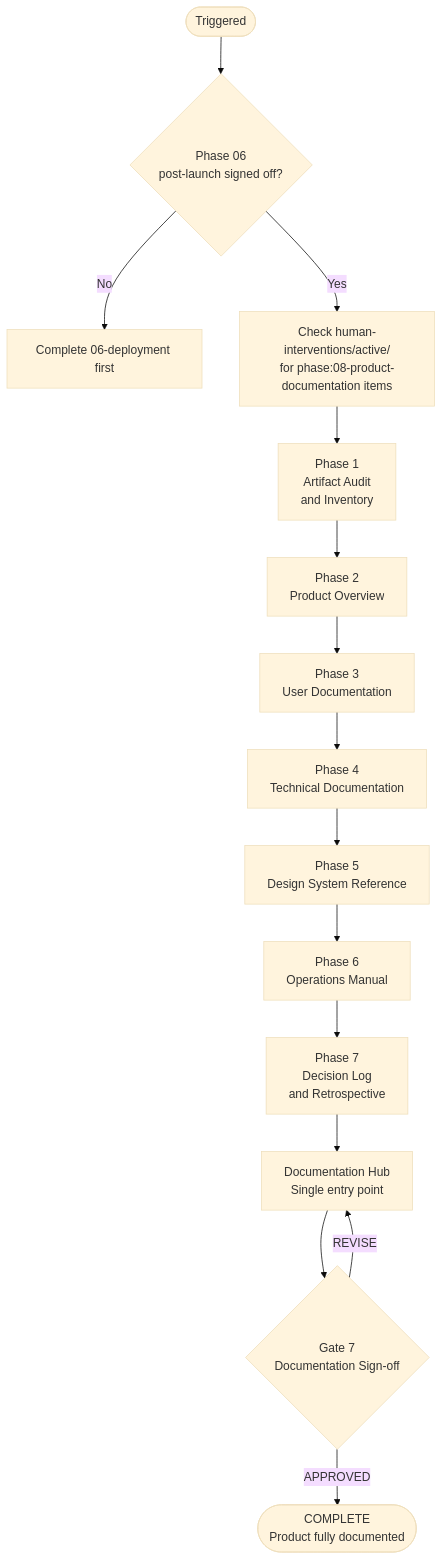
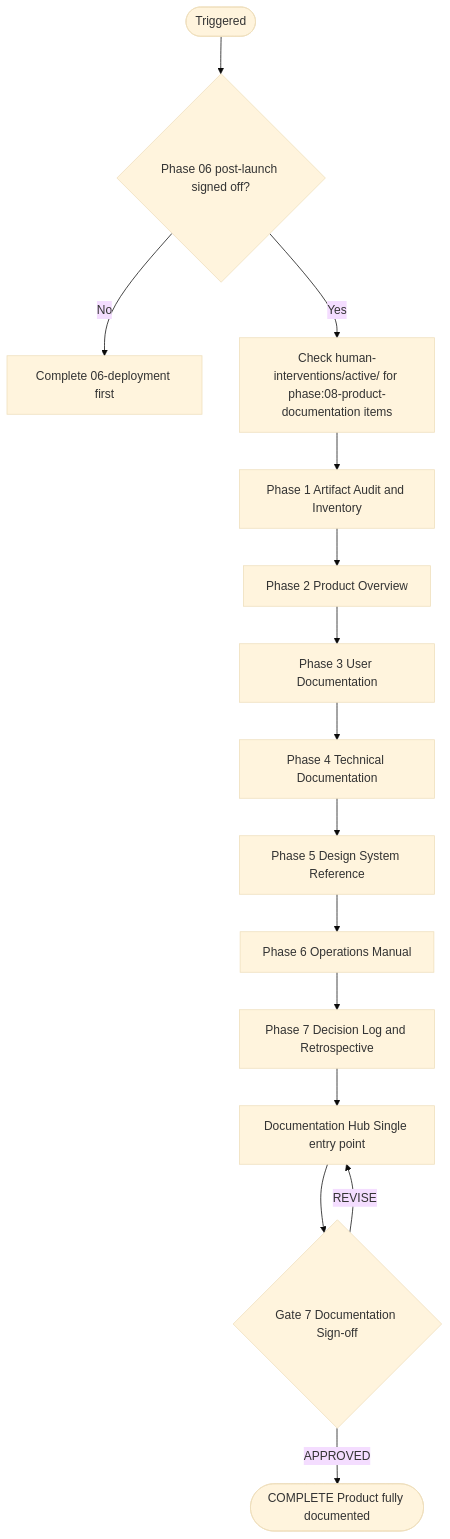
The first of 2 diagrams in .cursor/skills/08-product-documentation/SKILL.md (ivanyeors/product-agentic-templates), drawn with Mermaid (base theme) before and after one commit. The commit also changed other lines of this file and 39 other files, not shown here.

````diff
--- a/.cursor/skills/08-product-documentation/SKILL.md
+++ b/.cursor/skills/08-product-documentation/SKILL.md
@@ -36,17 +36,17 @@
 ```mermaid
 flowchart TD
-    start([Triggered]) --> prereq{Phase 06\npost-launch signed off?}
+    start([Triggered]) --> prereq{Phase 06 post-launch signed off?}
     prereq -->|No| block[Complete 06-deployment first]
-    prereq -->|Yes| hi_check[Check human-interventions/active/\nfor phase:08-product-documentation items]
-    hi_check --> s1[Phase 1\nArtifact Audit\nand Inventory]
-    s1 --> s2[Phase 2\nProduct Overview]
-    s2 --> s3[Phase 3\nUser Documentation]
-    s3 --> s4[Phase 4\nTechnical Documentation]
-    s4 --> s5[Phase 5\nDesign System Reference]
-    s5 --> s6[Phase 6\nOperations Manual]
-    s6 --> s7[Phase 7\nDecision Log\nand Retrospective]
-    s7 --> hub[Documentation Hub\nSingle entry point]
-    hub --> gate{Gate 7\nDocumentation Sign-off}
-    gate -->|APPROVED| complete(["COMPLETE\nProduct fully documented"])
+    prereq -->|Yes| hi_check[Check human-interventions/active/ for phase:08-product-documentation items]
+    hi_check --> s1[Phase 1 Artifact Audit and Inventory]
+    s1 --> s2[Phase 2 Product Overview]
+    s2 --> s3[Phase 3 User Documentation]
+    s3 --> s4[Phase 4 Technical Documentation]
+    s4 --> s5[Phase 5 Design System Reference]
+    s5 --> s6[Phase 6 Operations Manual]
+    s6 --> s7[Phase 7 Decision Log and Retrospective]
+    s7 --> hub[Documentation Hub Single entry point]
+    hub --> gate{Gate 7 Documentation Sign-off}
+    gate -->|APPROVED| complete(["COMPLETE Product fully documented"])
     gate -->|REVISE| hub
 ```
````
